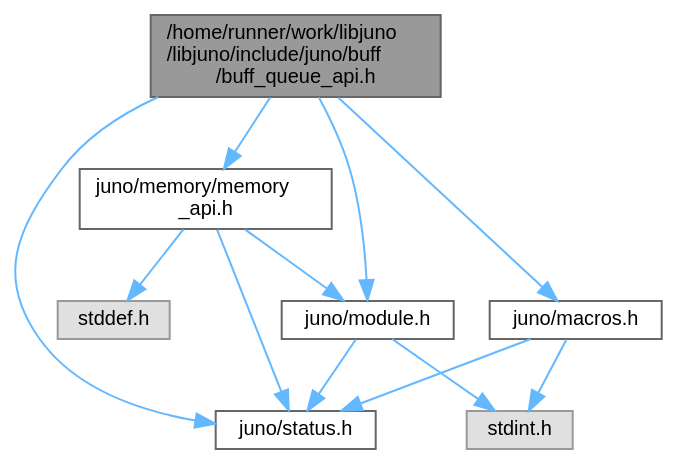
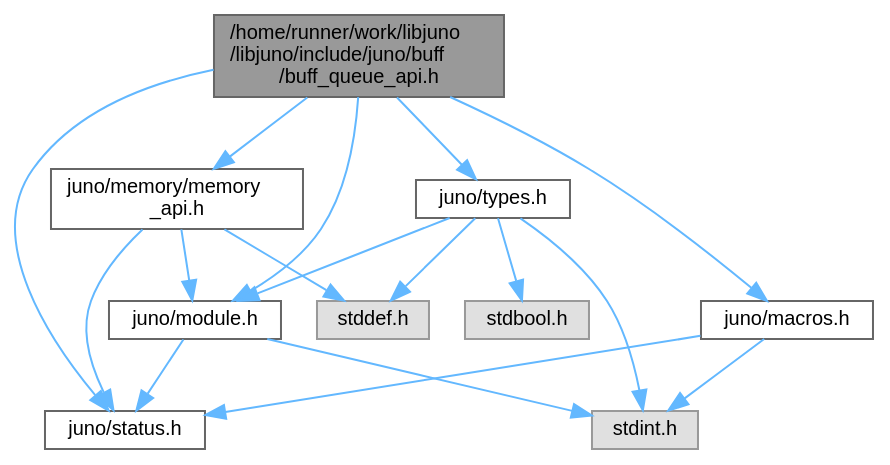
Before and after one commit to robinonsay/libjuno: the diagram in buff__queue__api_8h__incl.dot, drawn with Graphviz. The commit also changed 19 other files, not shown here.

```diff
--- a/buff__queue__api_8h__incl.dot
+++ b/buff__queue__api_8h__incl.dot
@@ -1,25 +1,32 @@
 digraph "/home/runner/work/libjuno/libjuno/include/juno/buff/buff_queue_api.h"
 {
  // LATEX_PDF_SIZE
   bgcolor="transparent";
   edge [fontname=Helvetica,fontsize=10,labelfontname=Helvetica,labelfontsize=10];
   node [fontname=Helvetica,fontsize=10,shape=box,height=0.2,width=0.4];
   Node1 [id="Node000001",label="/home/runner/work/libjuno\l/libjuno/include/juno/buff\l/buff_queue_api.h",height=0.2,width=0.4,color="gray40", fillcolor="grey60", style="filled", fontcolor="black",tooltip=" "];
   Node1 -> Node2 [id="edge1_Node000001_Node000002",color="steelblue1",style="solid",tooltip=" "];
   Node2 [id="Node000002",label="juno/macros.h",height=0.2,width=0.4,color="grey40", fillcolor="white", style="filled",URL="$macros_8h.html",tooltip=" "];
   Node2 -> Node3 [id="edge2_Node000002_Node000003",color="steelblue1",style="solid",tooltip=" "];
   Node3 [id="Node000003",label="juno/status.h",height=0.2,width=0.4,color="grey40", fillcolor="white", style="filled",URL="$status_8h.html",tooltip=" "];
   Node2 -> Node4 [id="edge3_Node000002_Node000004",color="steelblue1",style="solid",tooltip=" "];
   Node4 [id="Node000004",label="stdint.h",height=0.2,width=0.4,color="grey60", fillcolor="#E0E0E0", style="filled",tooltip=" "];
   Node1 -> Node5 [id="edge4_Node000001_Node000005",color="steelblue1",style="solid",tooltip=" "];
   Node5 [id="Node000005",label="juno/memory/memory\l_api.h",height=0.2,width=0.4,color="grey40", fillcolor="white", style="filled",URL="$memory__api_8h.html",tooltip=" "];
   Node5 -> Node3 [id="edge5_Node000005_Node000003",color="steelblue1",style="solid",tooltip=" "];
   Node5 -> Node6 [id="edge6_Node000005_Node000006",color="steelblue1",style="solid",tooltip=" "];
   Node6 [id="Node000006",label="juno/module.h",height=0.2,width=0.4,color="grey40", fillcolor="white", style="filled",URL="$module_8h.html",tooltip=" "];
   Node6 -> Node3 [id="edge7_Node000006_Node000003",color="steelblue1",style="solid",tooltip=" "];
   Node6 -> Node4 [id="edge8_Node000006_Node000004",color="steelblue1",style="solid",tooltip=" "];
   Node5 -> Node7 [id="edge9_Node000005_Node000007",color="steelblue1",style="solid",tooltip=" "];
   Node7 [id="Node000007",label="stddef.h",height=0.2,width=0.4,color="grey60", fillcolor="#E0E0E0", style="filled",tooltip=" "];
   Node1 -> Node3 [id="edge10_Node000001_Node000003",color="steelblue1",style="solid",tooltip=" "];
   Node1 -> Node6 [id="edge11_Node000001_Node000006",color="steelblue1",style="solid",tooltip=" "];
+  Node1 -> Node8 [id="edge12_Node000001_Node000008",color="steelblue1",style="solid",tooltip=" "];
+  Node8 [id="Node000008",label="juno/types.h",height=0.2,width=0.4,color="grey40", fillcolor="white", style="filled",URL="$types_8h.html",tooltip=" "];
+  Node8 -> Node6 [id="edge13_Node000008_Node000006",color="steelblue1",style="solid",tooltip=" "];
+  Node8 -> Node9 [id="edge14_Node000008_Node000009",color="steelblue1",style="solid",tooltip=" "];
+  Node9 [id="Node000009",label="stdbool.h",height=0.2,width=0.4,color="grey60", fillcolor="#E0E0E0", style="filled",tooltip=" "];
+  Node8 -> Node7 [id="edge15_Node000008_Node000007",color="steelblue1",style="solid",tooltip=" "];
+  Node8 -> Node4 [id="edge16_Node000008_Node000004",color="steelblue1",style="solid",tooltip=" "];
 }
```
